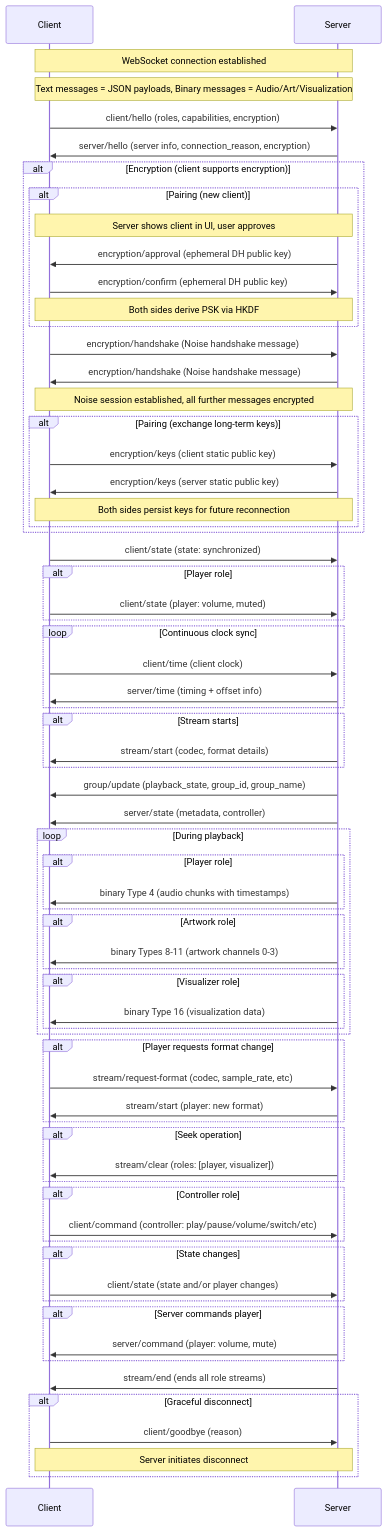
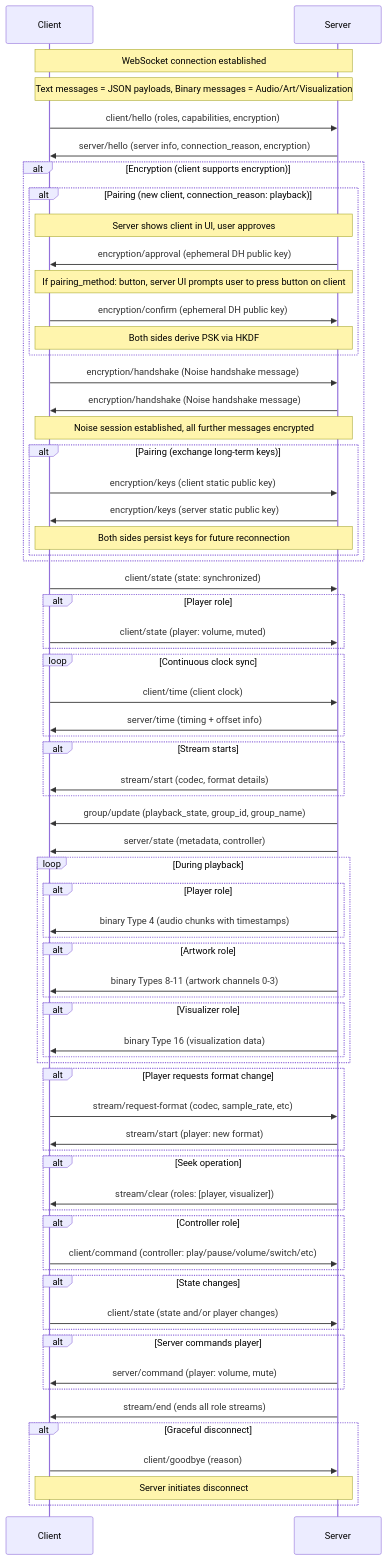
The diagram in README.md (Resonate-Protocol/spec), drawn with Mermaid before and after one commit. The commit also changed other lines of this file, not shown here.

First line of the commit message:
feat: harden pairing with button press and identity checks

```diff
--- a/README.md
+++ b/README.md
@@ -248,9 +267,10 @@
     Server->>Client: server/hello (server info, connection_reason, encryption)
 
     alt Encryption (client supports encryption)
-        alt Pairing (new client)
+        alt Pairing (new client, connection_reason: playback)
             Note over Client,Server: Server shows client in UI, user approves
             Server->>Client: encryption/approval (ephemeral DH public key)
+            Note over Client,Server: If pairing_method: button, server UI prompts user to press button on client
             Client->>Server: encryption/confirm (ephemeral DH public key)
             Note over Client,Server: Both sides derive PSK via HKDF
         end
```
